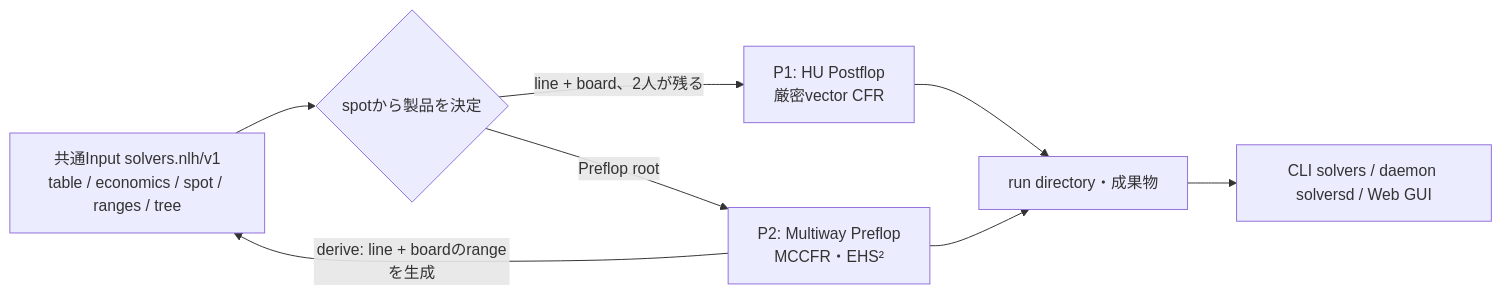
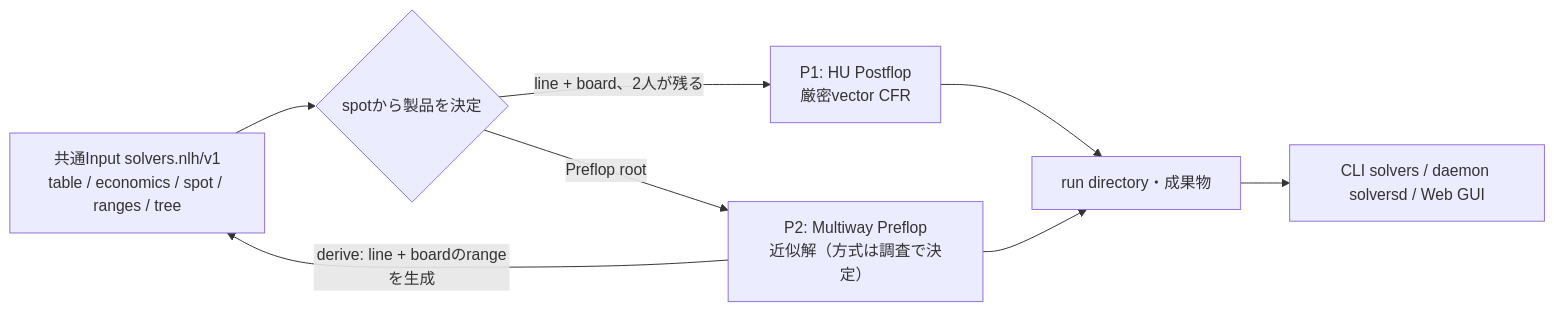
The diagram in docs/products.jp.md (HIRO15254/solvers), drawn with Mermaid before and after one commit. The commit also changed other lines of this file and 2 other files, not shown here.

````diff
--- a/docs/products.jp.md
+++ b/docs/products.jp.md
@@ -27,10 +29,10 @@
 ```mermaid
 flowchart LR
     I["共通Input solvers.nlh/v1<br/>table / economics / spot / ranges / tree"] --> R{"spotから製品を決定"}
-    R -->|"Preflop root"| P2["P2: Multiway Preflop<br/>MCCFR・EHS²"]
+    R -->|"Preflop root"| P2["P2: Multiway Preflop<br/>近似解（方式は調査で決定）"]
     R -->|"line + board、2人が残る"| P1["P1: HU Postflop<br/>厳密vector CFR"]
     P2 -->|"derive: line + boardのrangeを生成"| I
     P1 --> A["run directory・成果物"]
     P2 --> A
     A --> U["CLI solvers / daemon solversd / Web GUI"]
 ```
````
